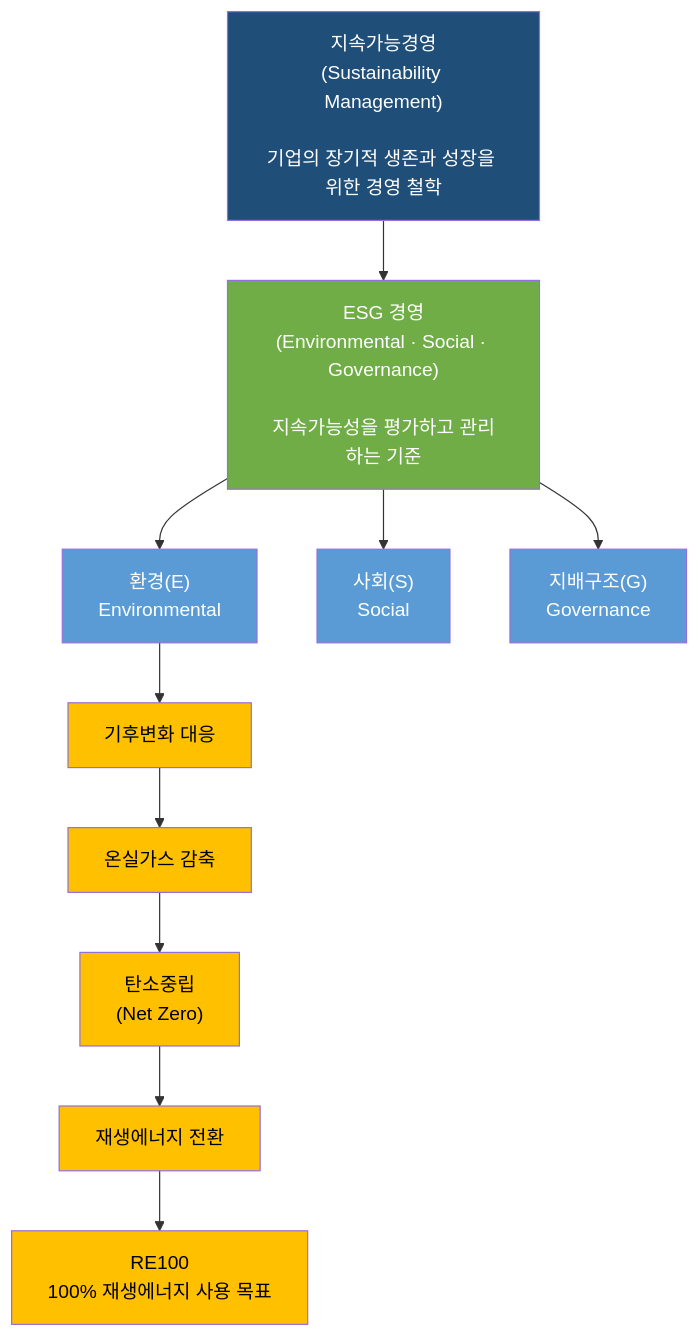
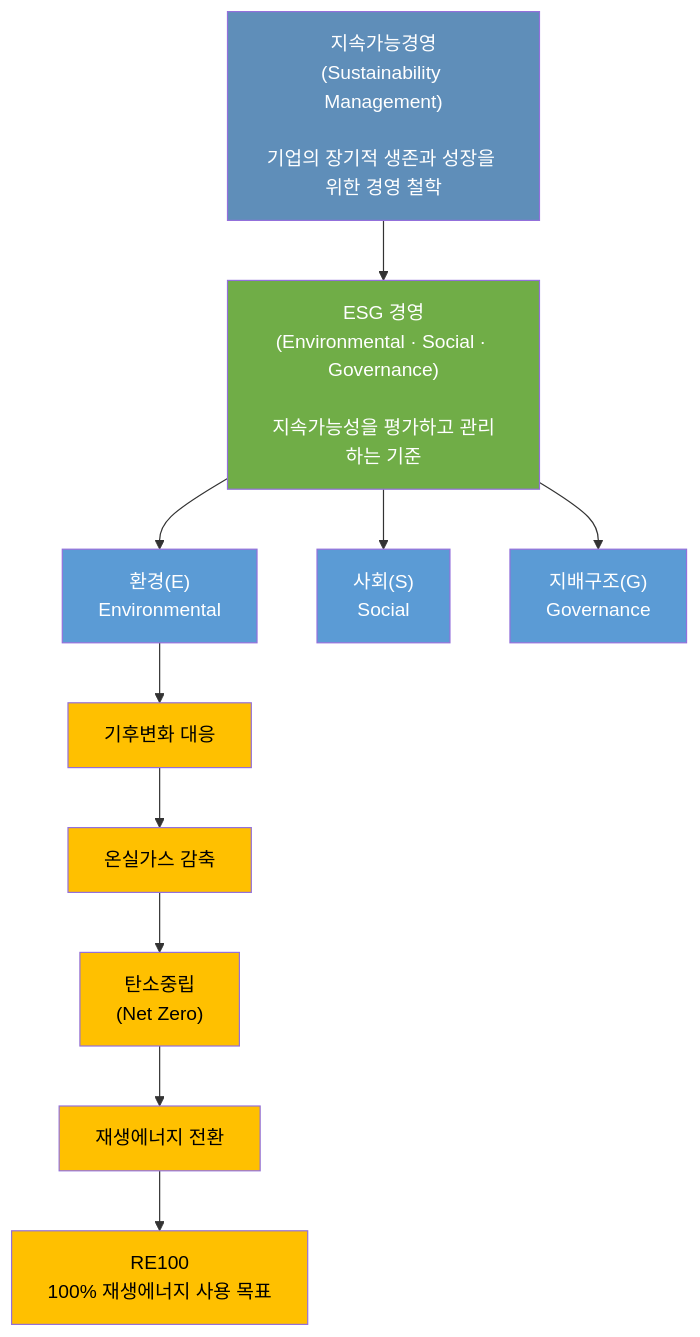
Before and after one commit to yeonkyupark/pepc3e: the diagram in docs/0705_emerging_factory_management_technologies_and_trends.md, drawn with Mermaid.

Commit message:
Update color definition for top class in documentation

````diff
--- a/docs/0705_emerging_factory_management_technologies_and_trends.md
+++ b/docs/0705_emerging_factory_management_technologies_and_trends.md
@@ -11,47 +11,47 @@
 ```mermaid
 flowchart TB
 
     A["지속가능경영<br/>(Sustainability Management)<br/><br/>기업의 장기적 생존과 성장을 위한 경영 철학"]
 
     B["ESG 경영<br/>(Environmental · Social · Governance)<br/><br/>지속가능성을 평가하고 관리하는 기준"]
 
     C["환경(E)<br/>Environmental"]
 
     D["사회(S)<br/>Social"]
 
     E["지배구조(G)<br/>Governance"]
 
     F["기후변화 대응"]
 
     G["온실가스 감축"]
 
     H["탄소중립<br/>(Net Zero)"]
 
     I["재생에너지 전환"]
 
     J["RE100<br/>100% 재생에너지 사용 목표"]
 
 
     A --> B
 
     B --> C
     B --> D
     B --> E
 
     C --> F
     F --> G
     G --> H
     H --> I
     I --> J
 
 
-    classDef top fill:#1f4e79,color:white;
+    classDef top fill:#5f8eB9,color:white;
     classDef esg fill:#70ad47,color:white;
     classDef env fill:#5b9bd5,color:white;
     classDef action fill:#ffc000,color:black;
 
     class A top;
     class B esg;
     class C,D,E env;
     class F,G,H,I,J action;
 ```
````
